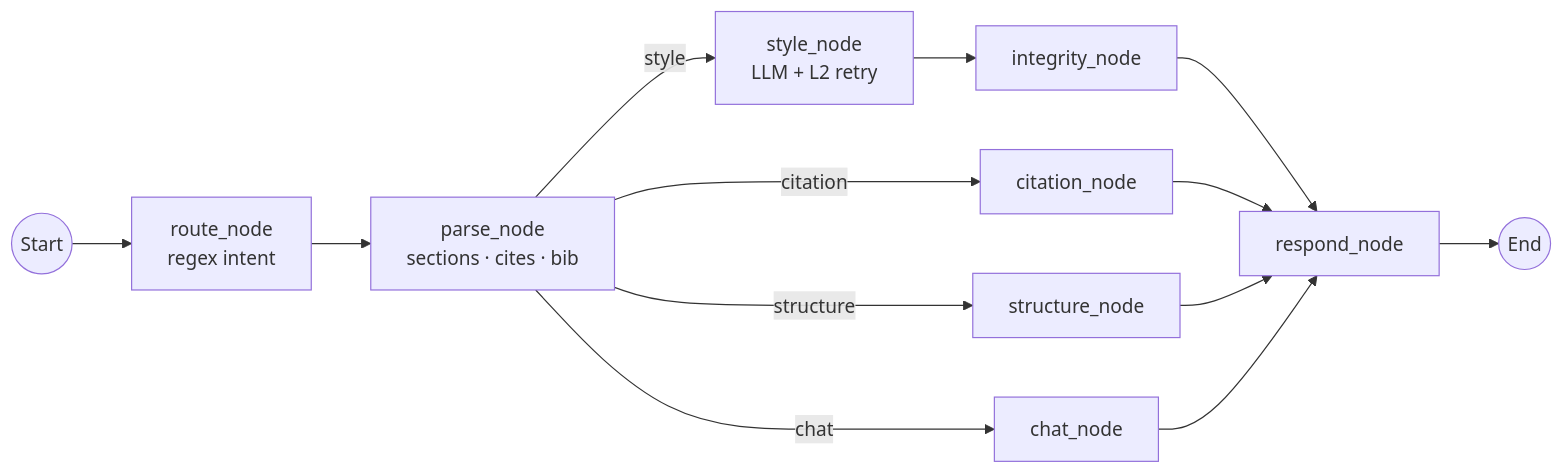
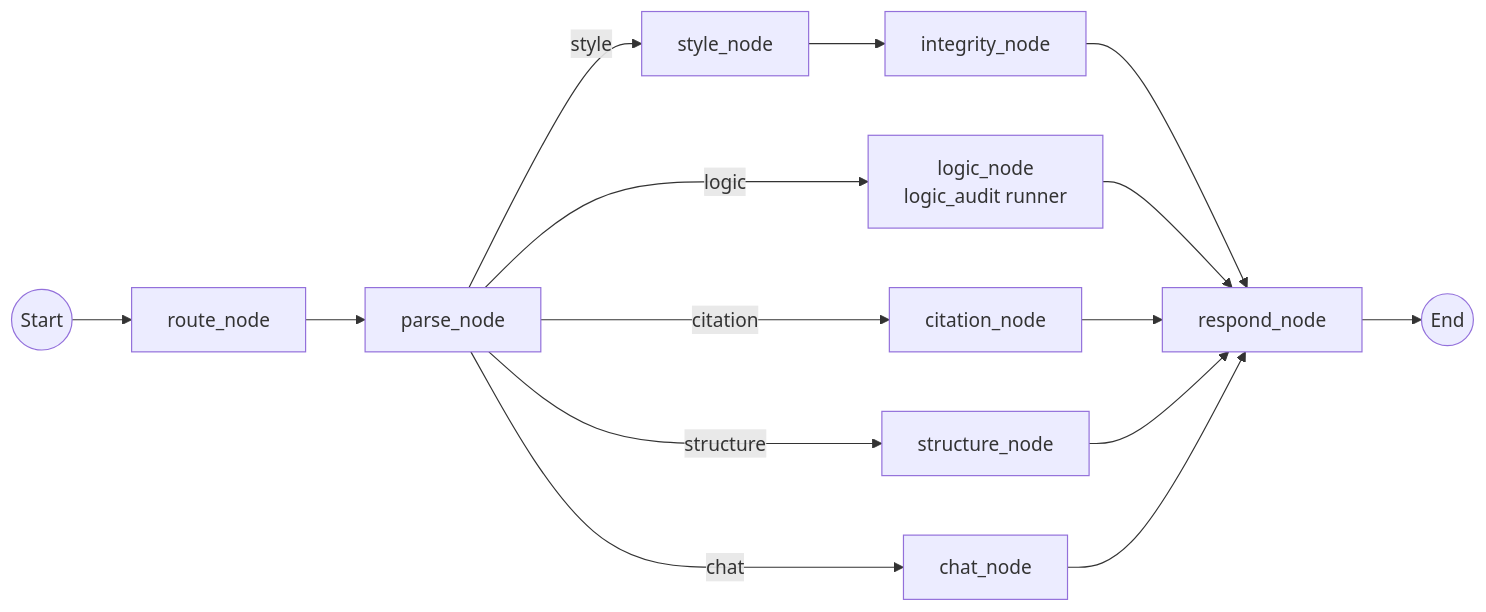
The fifth of 11 diagrams in docs/architecture_diagram.md (Tai-TZ/arionear-ai-paper-editor), drawn with Mermaid before and after one commit. The commit also changed other lines of this file and 5 other files, not shown here.

````diff
--- a/docs/architecture_diagram.md
+++ b/docs/architecture_diagram.md
@@ -162,15 +174,15 @@
 ```mermaid
 flowchart LR
-    START((Start)) --> ROUTE[route_node<br/>regex intent]
-    ROUTE --> PARSE[parse_node<br/>sections · cites · bib]
-    PARSE -->|style| STYLE[style_node<br/>LLM + L2 retry]
+    START((Start)) --> ROUTE[route_node]
+    ROUTE --> PARSE[parse_node]
+    PARSE -->|style| STYLE[style_node]
     PARSE -->|structure| STRUCT[structure_node]
     PARSE -->|citation| CITE[citation_node]
+    PARSE -->|logic| LOGIC[logic_node<br/>logic_audit runner]
     PARSE -->|chat| CHAT[chat_node]
     STYLE --> AIM[integrity_node]
     AIM --> RESPOND[respond_node]
-    CITE --> RESPOND
-    STRUCT --> RESPOND
-    CHAT --> RESPOND
+    LOGIC --> RESPOND
+    CITE & STRUCT & CHAT --> RESPOND
     RESPOND --> END((End))
 ```
````
